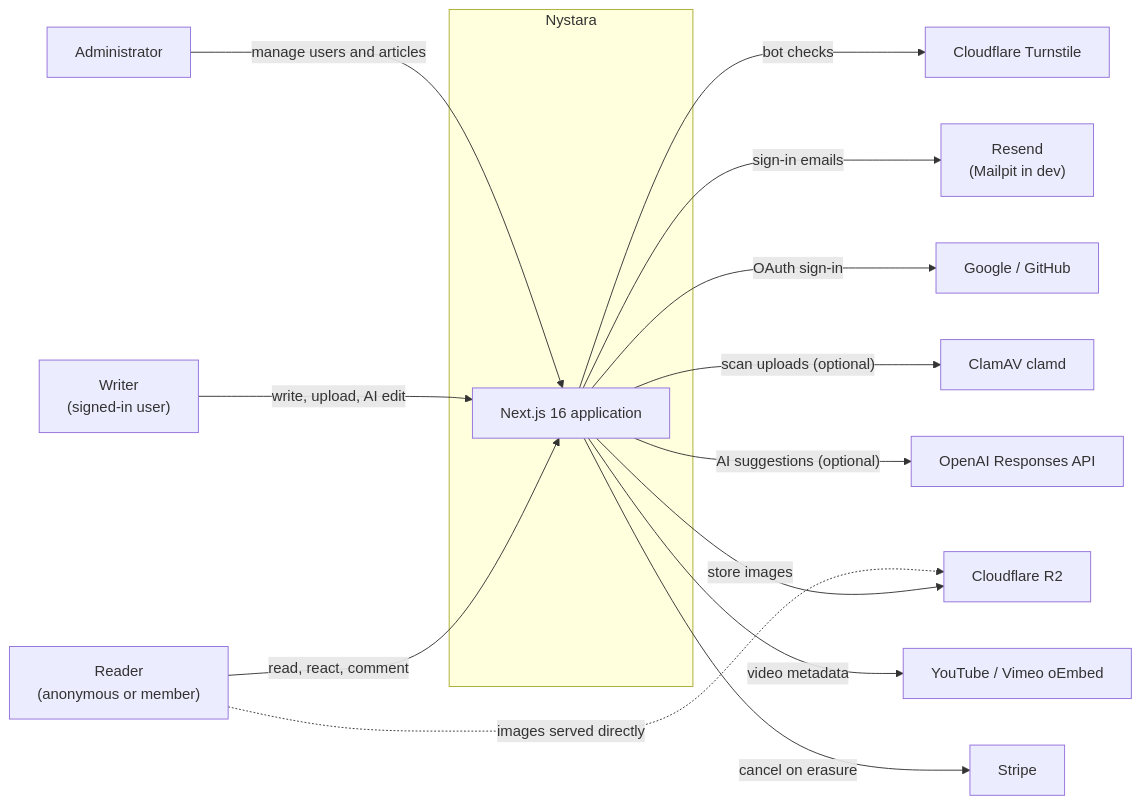
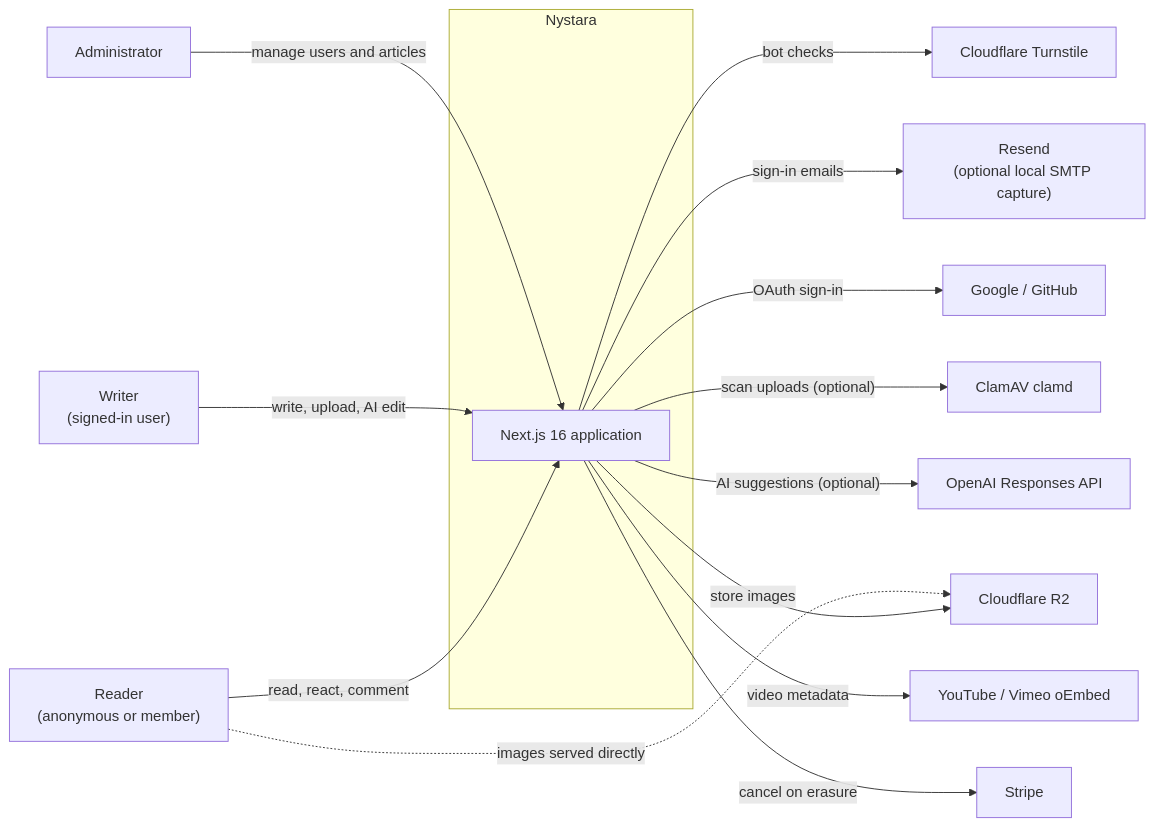
The first of 29 diagrams in ARCHITECTURE.md (EminentSoftwareTechnology/Nystara), drawn with Mermaid before and after one commit. The commit also changed other lines of this file and 22 other files, not shown here.

Commit message:
fix: use Resend by default and expand welcome emails

````diff
--- a/ARCHITECTURE.md
+++ b/ARCHITECTURE.md
@@ -101,24 +101,24 @@
 ```mermaid
 flowchart LR
     reader["Reader<br/>(anonymous or member)"]
     writer["Writer<br/>(signed-in user)"]
     admin["Administrator"]
 
     subgraph nystara["Nystara"]
         app["Next.js 16 application"]
     end
 
     reader -->|"read, react, comment"| app
     writer -->|"write, upload, AI edit"| app
     admin -->|"manage users and articles"| app
 
     app -->|"bot checks"| turnstile["Cloudflare Turnstile"]
-    app -->|"sign-in emails"| resend["Resend<br/>(Mailpit in dev)"]
+    app -->|"sign-in emails"| resend["Resend<br/>(optional local SMTP capture)"]
     app -->|"OAuth sign-in"| oauth["Google / GitHub"]
     app -->|"store images"| r2["Cloudflare R2"]
     app -->|"scan uploads (optional)"| clamav["ClamAV clamd"]
     app -->|"AI suggestions (optional)"| openai["OpenAI Responses API"]
     app -->|"video metadata"| oembed["YouTube / Vimeo oEmbed"]
     app -->|"cancel on erasure"| stripe["Stripe"]
     reader -.->|"images served directly"| r2
 ```
````
